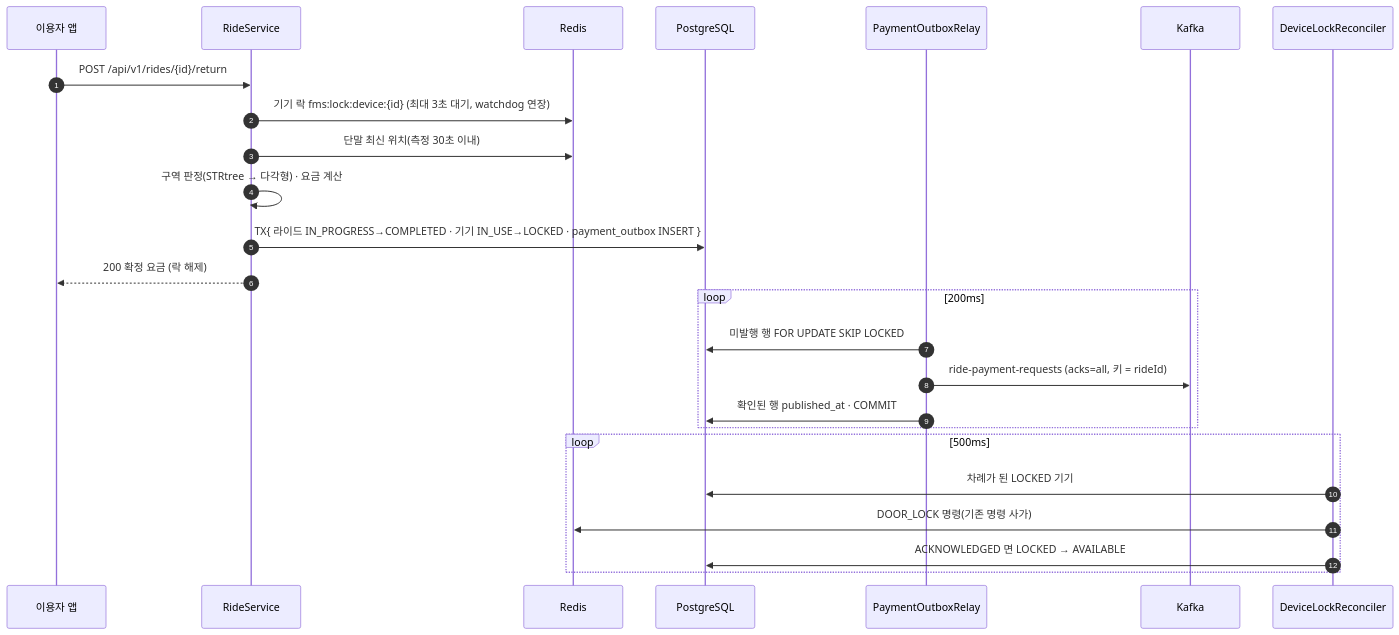
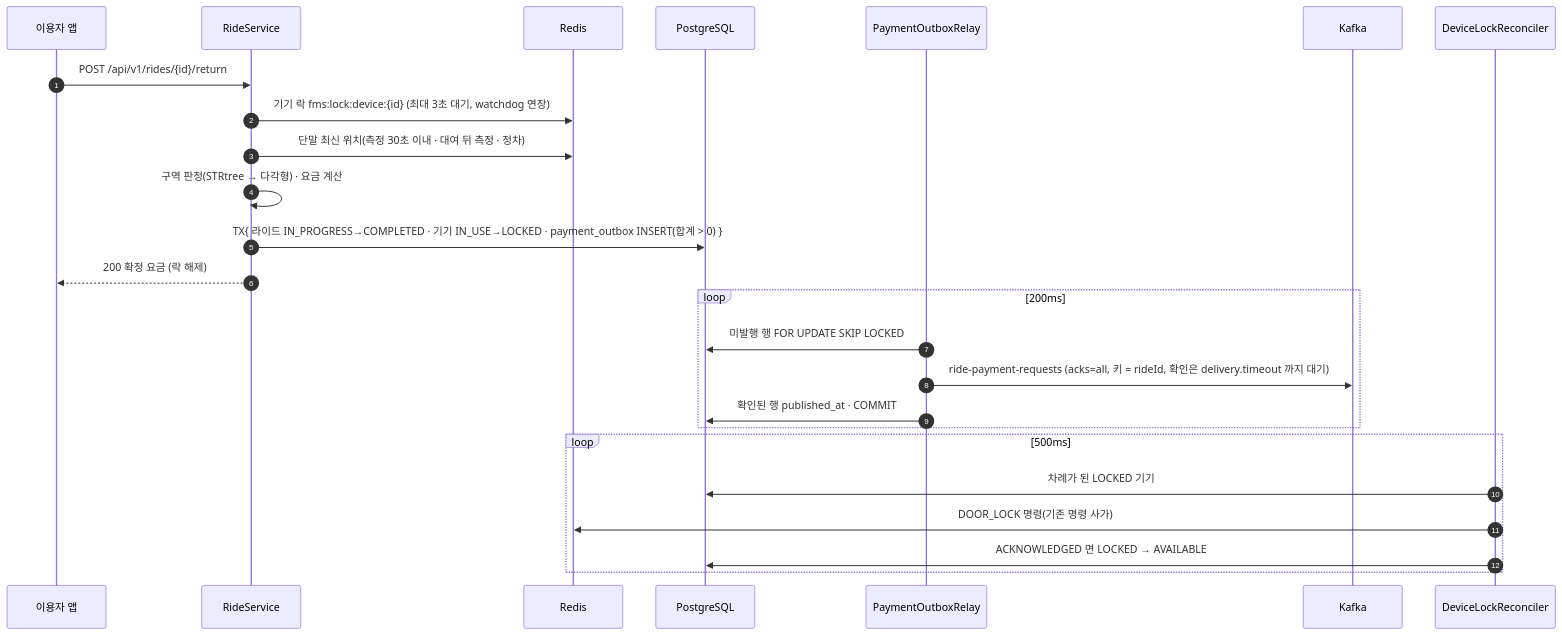
Before and after one commit to JuuuuHong/mini-fms-backend: the seventh of 7 diagrams in README.md, drawn with Mermaid. The commit also changed other lines of this file, not shown here.

````diff
--- a/README.md
+++ b/README.md
@@ -482,28 +489,28 @@
 ```mermaid
 sequenceDiagram
     autonumber
     participant U as 이용자 앱
     participant S as RideService
     participant R as Redis
     participant DB as PostgreSQL
     participant RL as PaymentOutboxRelay
     participant K as Kafka
     participant RC as DeviceLockReconciler
 
     U->>S: POST /api/v1/rides/{id}/return
     S->>R: 기기 락 fms:lock:device:{id} (최대 3초 대기, watchdog 연장)
-    S->>R: 단말 최신 위치(측정 30초 이내)
+    S->>R: 단말 최신 위치(측정 30초 이내 · 대여 뒤 측정 · 정차)
     S->>S: 구역 판정(STRtree → 다각형) · 요금 계산
-    S->>DB: TX{ 라이드 IN_PROGRESS→COMPLETED · 기기 IN_USE→LOCKED · payment_outbox INSERT }
+    S->>DB: TX{ 라이드 IN_PROGRESS→COMPLETED · 기기 IN_USE→LOCKED · payment_outbox INSERT(합계 > 0) }
     S-->>U: 200 확정 요금 (락 해제)
     loop 200ms
         RL->>DB: 미발행 행 FOR UPDATE SKIP LOCKED
-        RL->>K: ride-payment-requests (acks=all, 키 = rideId)
+        RL->>K: ride-payment-requests (acks=all, 키 = rideId, 확인은 delivery.timeout 까지 대기)
         RL->>DB: 확인된 행 published_at · COMMIT
     end
     loop 500ms
         RC->>DB: 차례가 된 LOCKED 기기
         RC->>R: DOOR_LOCK 명령(기존 명령 사가)
         RC->>DB: ACKNOWLEDGED 면 LOCKED → AVAILABLE
     end
 ```
````
